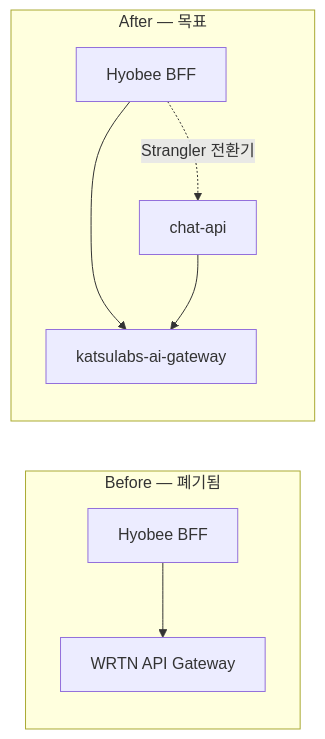
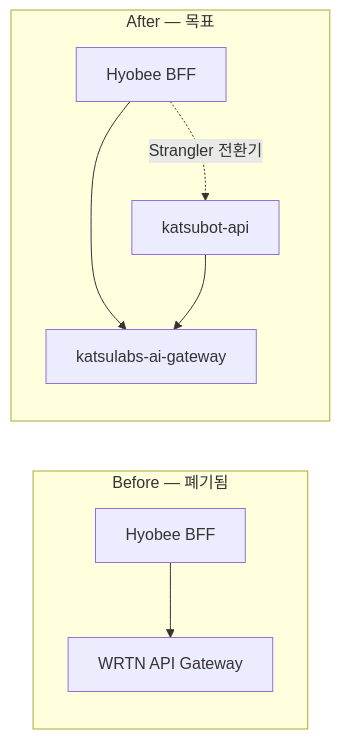
Before and after one commit to katsulabs/katsulabs-katsubot: the diagram in docs/archive/KC-007/superseded/wrtn-to-ai-gateway-handoff.md, drawn with Mermaid. The commit also changed other lines of this file and 34 other files, not shown here.

First line of the commit message:
docs(KC-007-modernization): katsubot-api/web 리네임 및 마이그레이션 문서 갱신

````diff
--- a/docs/archive/KC-007/superseded/wrtn-to-ai-gateway-handoff.md
+++ b/docs/archive/KC-007/superseded/wrtn-to-ai-gateway-handoff.md
@@ -37,11 +37,11 @@
 ```mermaid
 flowchart LR
   subgraph before [Before — 폐기됨]
     H1[Hyobee BFF] --> WRTN[WRTN API Gateway]
   end
   subgraph after [After — 목표]
     H2[Hyobee BFF] --> GW[katsulabs-ai-gateway]
-    CA[chat-api] --> GW
+    CA[katsubot-api] --> GW
     H2 -.->|Strangler 전환기| CA
   end
 ```
````
